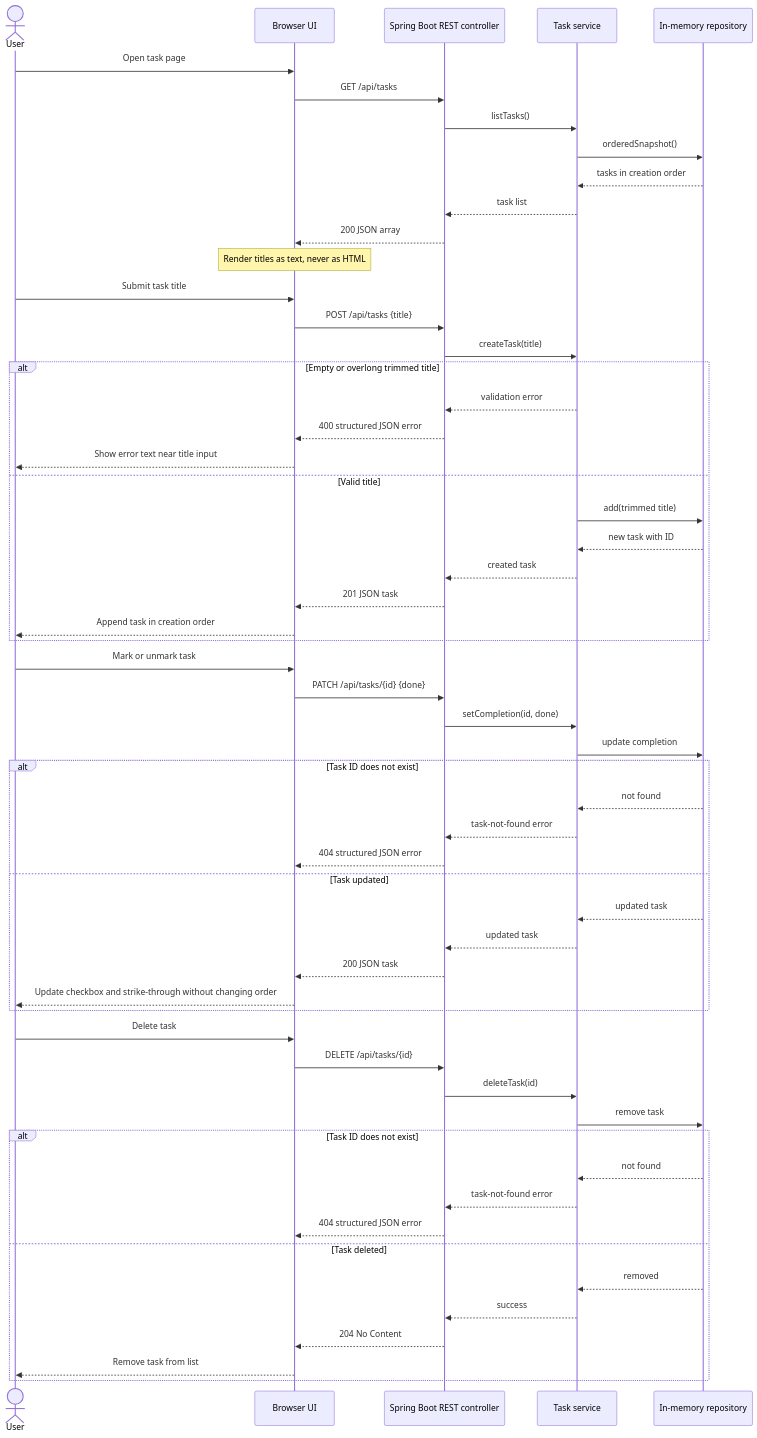
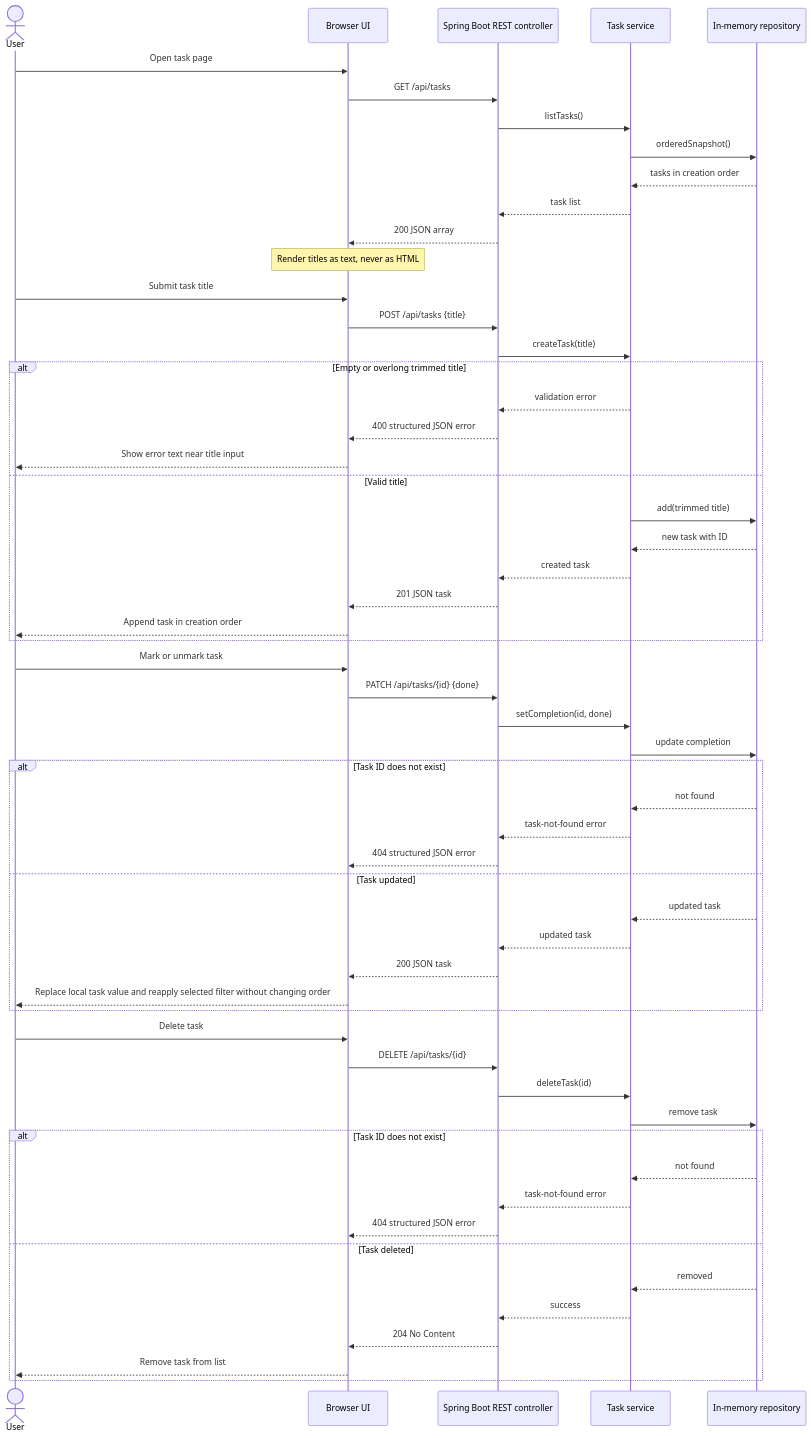
Before and after one commit to vidhi2502/keeper-agentic-sdlc: the second of 2 diagrams in docs/architecture.md, drawn with Mermaid. The commit also changed other lines of this file and 1 other file, not shown here.

Commit message:
docs(design-review): add review and update architecture

````diff
--- a/docs/architecture.md
+++ b/docs/architecture.md
@@ -49,62 +49,62 @@
 ```mermaid
 sequenceDiagram
     actor User
     participant UI as Browser UI
     participant API as Spring Boot REST controller
     participant Service as Task service
     participant Store as In-memory repository
 
     User->>UI: Open task page
     UI->>API: GET /api/tasks
     API->>Service: listTasks()
     Service->>Store: orderedSnapshot()
     Store-->>Service: tasks in creation order
     Service-->>API: task list
     API-->>UI: 200 JSON array
     Note over UI: Render titles as text, never as HTML
 
     User->>UI: Submit task title
     UI->>API: POST /api/tasks {title}
     API->>Service: createTask(title)
     alt Empty or overlong trimmed title
         Service-->>API: validation error
         API-->>UI: 400 structured JSON error
         UI-->>User: Show error text near title input
     else Valid title
         Service->>Store: add(trimmed title)
         Store-->>Service: new task with ID
         Service-->>API: created task
         API-->>UI: 201 JSON task
         UI-->>User: Append task in creation order
     end
 
     User->>UI: Mark or unmark task
     UI->>API: PATCH /api/tasks/{id} {done}
     API->>Service: setCompletion(id, done)
     Service->>Store: update completion
     alt Task ID does not exist
         Store-->>Service: not found
         Service-->>API: task-not-found error
         API-->>UI: 404 structured JSON error
     else Task updated
         Store-->>Service: updated task
         Service-->>API: updated task
         API-->>UI: 200 JSON task
-        UI-->>User: Update checkbox and strike-through without changing order
+        UI-->>User: Replace local task value and reapply selected filter without changing order
     end
 
     User->>UI: Delete task
     UI->>API: DELETE /api/tasks/{id}
     API->>Service: deleteTask(id)
     Service->>Store: remove task
     alt Task ID does not exist
         Store-->>Service: not found
         Service-->>API: task-not-found error
         API-->>UI: 404 structured JSON error
     else Task deleted
         Store-->>Service: removed
         Service-->>API: success
         API-->>UI: 204 No Content
         UI-->>User: Remove task from list
     end
 ```
````
